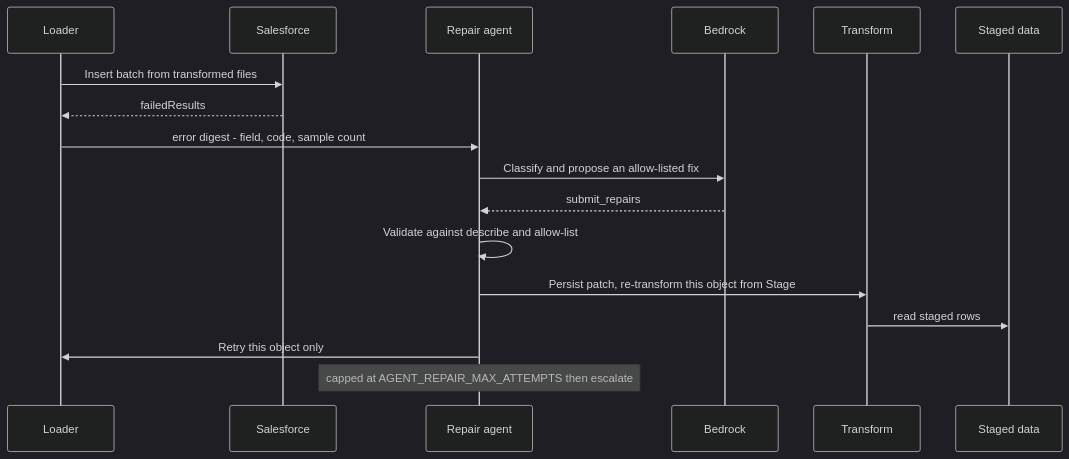
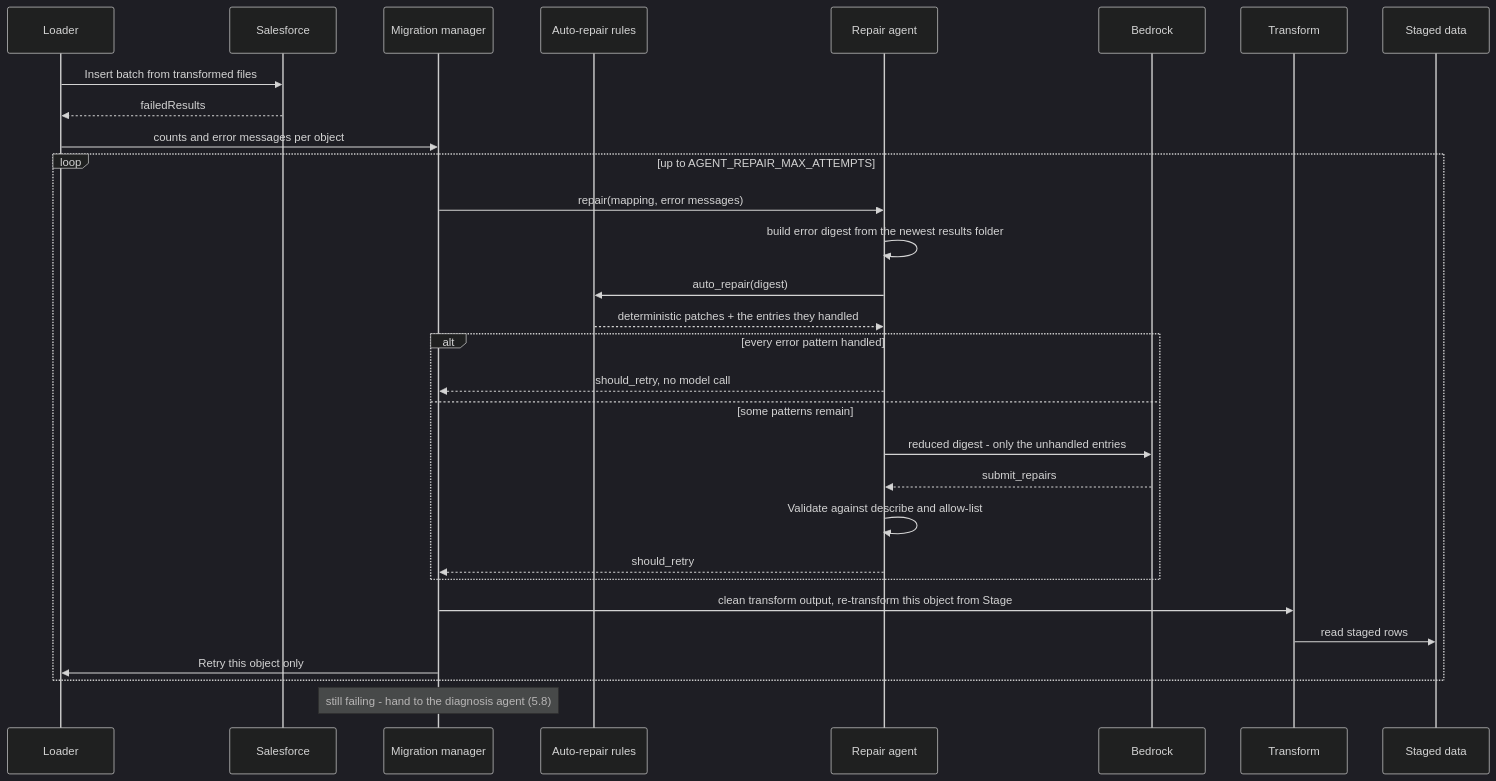
One commit to shahid-rawther/SF-Data-Migration-LLM changed the fifth of 12 diagrams in docs/ARCHITECTURE.md. Above: the diagram before and after it, drawn with Mermaid (dark theme). The commit also changed other lines of this file and 57 other files, not shown here.

````diff
--- a/docs/ARCHITECTURE.md
+++ b/docs/ARCHITECTURE.md
@@ -360,20 +424,33 @@
 ```mermaid
 sequenceDiagram
   participant Ld as Loader
   participant SF as Salesforce
+  participant MM as Migration manager
+  participant AR as Auto-repair rules
   participant Rep as Repair agent
   participant BR as Bedrock
   participant Xf as Transform
   participant Stage as Staged data
 
   Ld->>SF: Insert batch from transformed files
   SF-->>Ld: failedResults
-  Ld->>Rep: error digest - field, code, sample count
-  Rep->>BR: Classify and propose an allow-listed fix
-  BR-->>Rep: submit_repairs
-  Rep->>Rep: Validate against describe and allow-list
-  Rep->>Xf: Persist patch, re-transform this object from Stage
-  Xf->>Stage: read staged rows
-  Rep->>Ld: Retry this object only
-  Note over Rep: capped at AGENT_REPAIR_MAX_ATTEMPTS then escalate
+  Ld->>MM: counts and error messages per object
+  loop up to AGENT_REPAIR_MAX_ATTEMPTS
+    MM->>Rep: repair(mapping, error messages)
+    Rep->>Rep: build error digest from the newest results folder
+    Rep->>AR: auto_repair(digest)
+    AR-->>Rep: deterministic patches + the entries they handled
+    alt every error pattern handled
+      Rep-->>MM: should_retry, no model call
+    else some patterns remain
+      Rep->>BR: reduced digest - only the unhandled entries
+      BR-->>Rep: submit_repairs
+      Rep->>Rep: Validate against describe and allow-list
+      Rep-->>MM: should_retry
+    end
+    MM->>Xf: clean transform output, re-transform this object from Stage
+    Xf->>Stage: read staged rows
+    MM->>Ld: Retry this object only
+  end
+  Note over MM: still failing - hand to the diagnosis agent (5.8)
 ```
````
